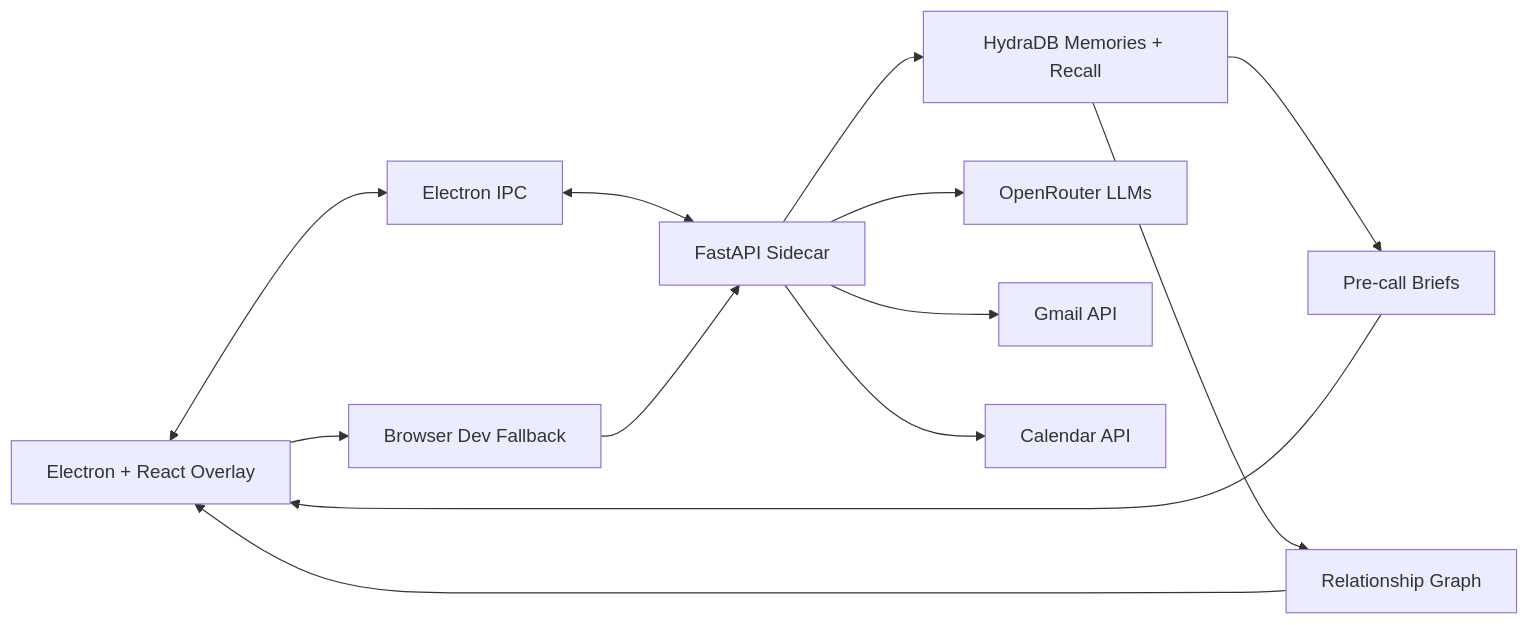
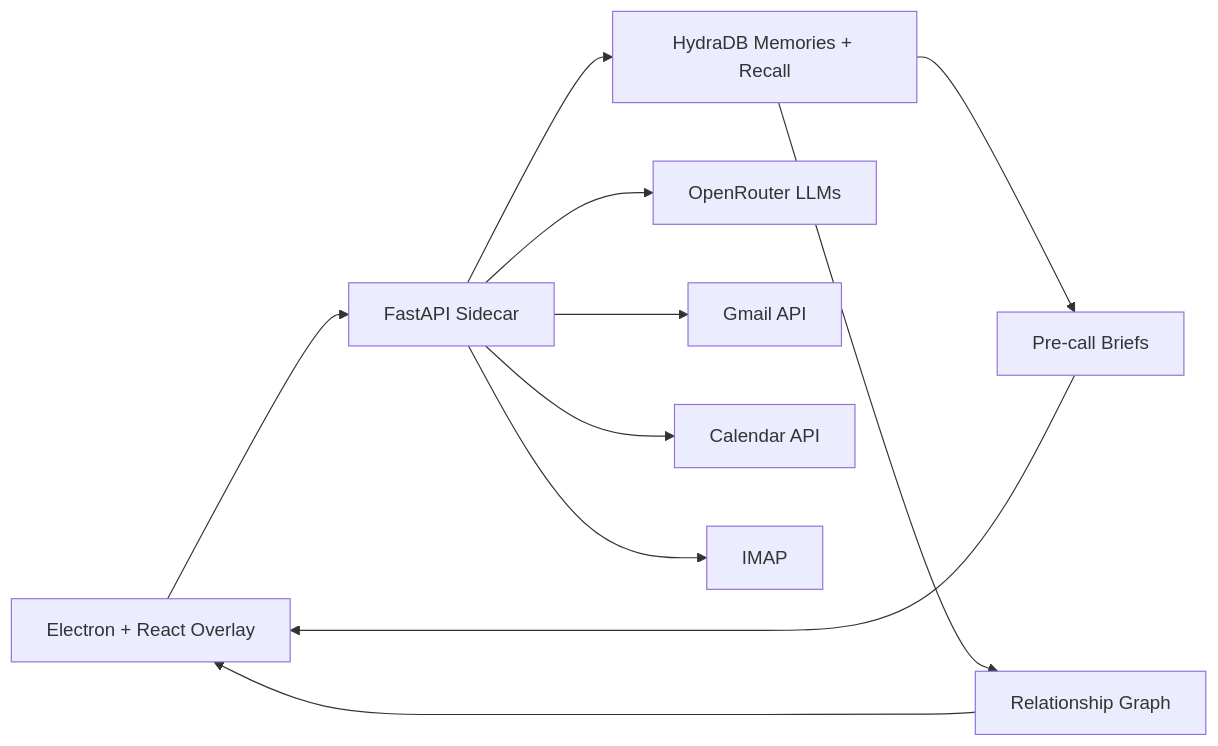
One commit to AryanSaxenaa/Rapport changed the diagram in README.md. Above: the diagram before and after it, drawn with Mermaid. The commit also changed other lines of this file, not shown here.

Commit message:
Update README: fix architecture diagram, remove legacy HYDRADB_TENANT_ID, add IMAP

````diff
--- a/README.md
+++ b/README.md
@@ -41,15 +41,13 @@
 ```mermaid
 flowchart LR
-  UI["Electron + React Overlay"] <--> IPC["Electron IPC"]
-  UI --> DIRECT["Browser Dev Fallback"]
-  IPC <--> API["FastAPI Sidecar"]
-  DIRECT --> API
+  UI["Electron + React Overlay"] --> API["FastAPI Sidecar"]
   API --> HYDRA["HydraDB Memories + Recall"]
   API --> LLM["OpenRouter LLMs"]
   API --> GMAIL["Gmail API"]
   API --> CAL["Calendar API"]
+  API --> IMAP["IMAP"]
   HYDRA --> BRIEF["Pre-call Briefs"]
   HYDRA --> GRAPH["Relationship Graph"]
   BRIEF --> UI
   GRAPH --> UI
 ```
````
